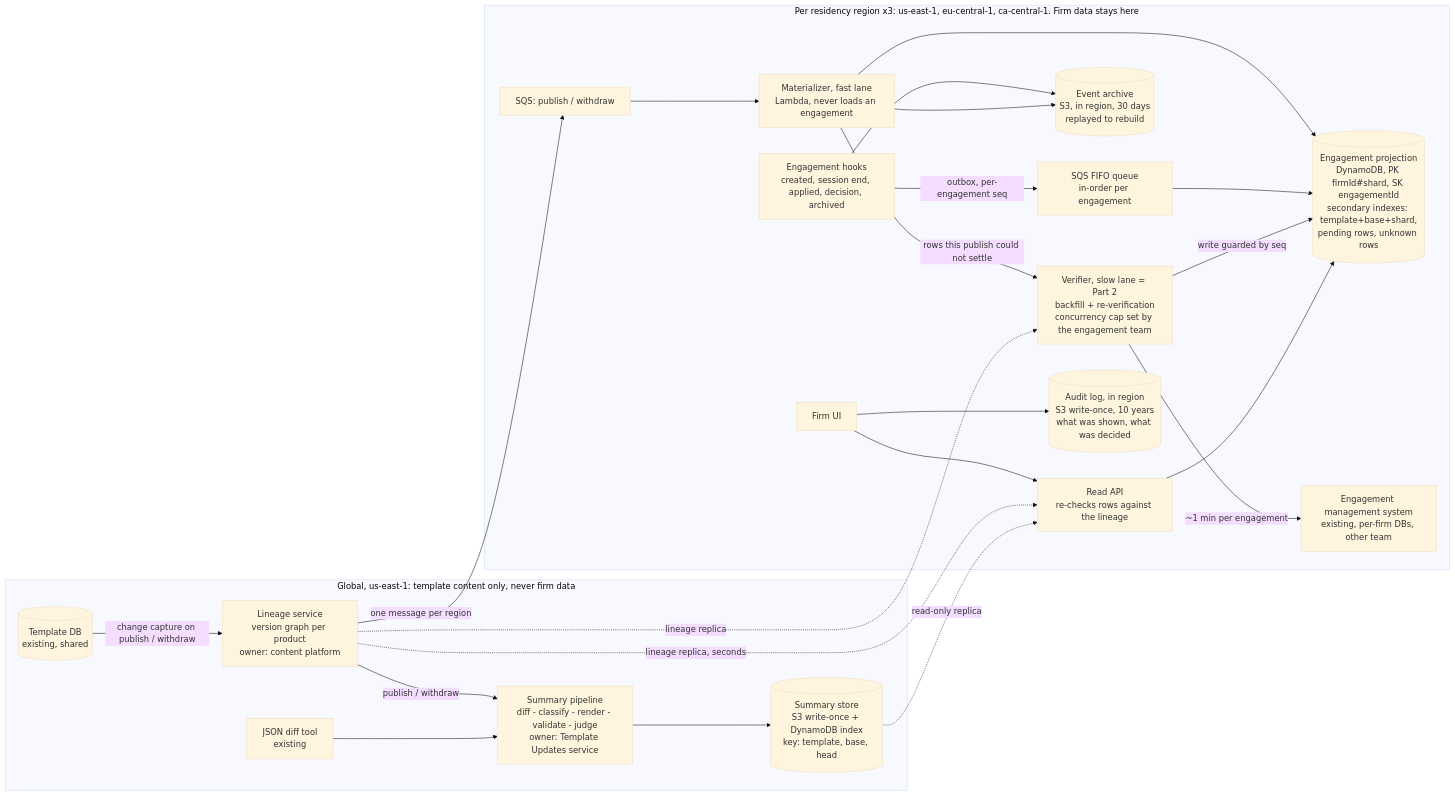
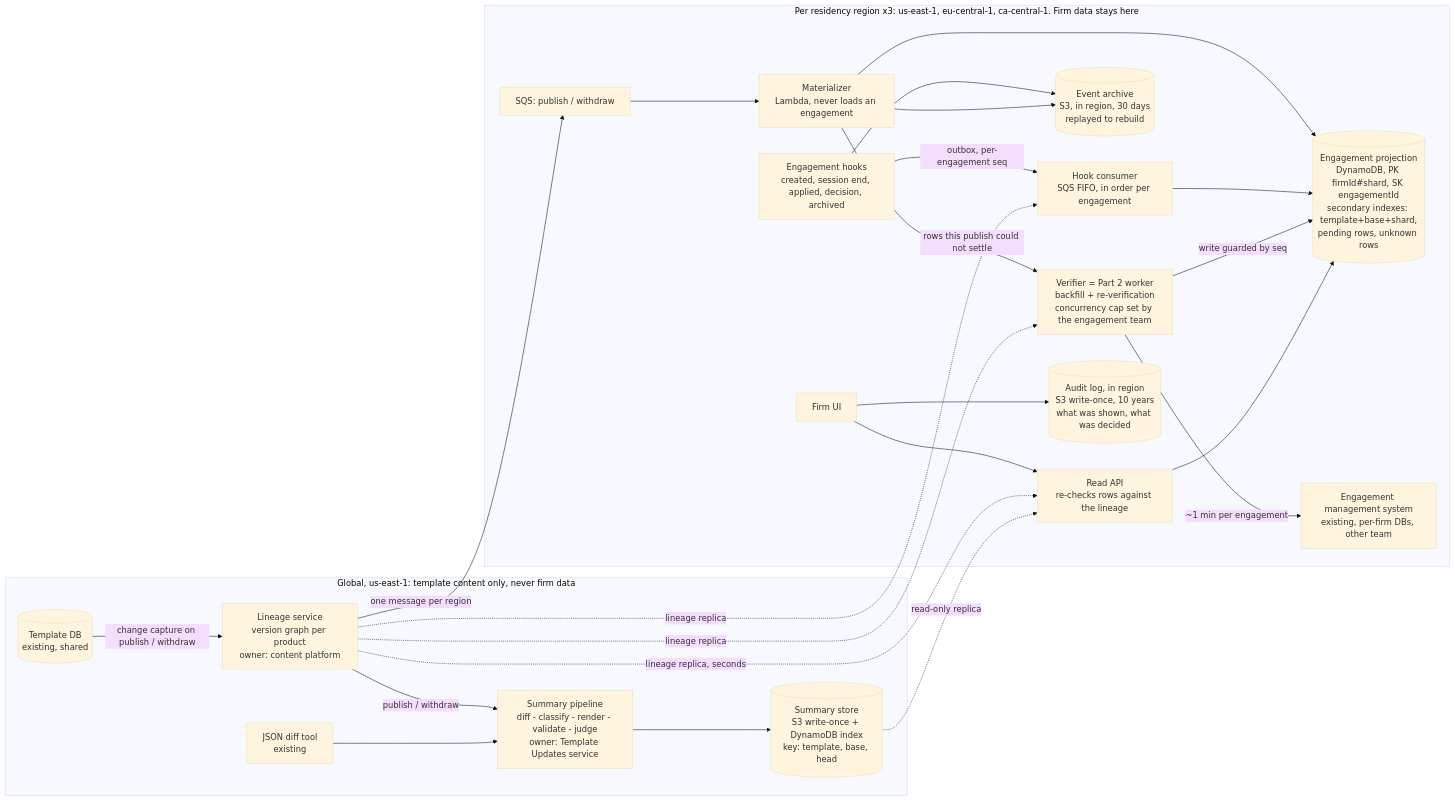
Before and after one commit to marcuss/caseware: the first of 2 diagrams in docs/design.md, drawn with Mermaid (base theme). The commit also changed other lines of this file, not shown here.

````diff
--- a/docs/design.md
+++ b/docs/design.md
@@ -15,27 +15,28 @@
 ```mermaid
 flowchart LR
   subgraph G["Global, us-east-1: template content only, never firm data"]
     TDB[("Template DB<br/>existing, shared")] -->|change capture on publish / withdraw| LIN["Lineage service<br/>version graph per product<br/>owner: content platform"]
     LIN -->|publish / withdraw| PIPE["Summary pipeline<br/>diff - classify - render - validate - judge<br/>owner: Template Updates service"]
     JD["JSON diff tool<br/>existing"] --> PIPE
     PIPE --> SUM[("Summary store<br/>S3 write-once + DynamoDB index<br/>key: template, base, head")]
   end
   subgraph R["Per residency region x3: us-east-1, eu-central-1, ca-central-1. Firm data stays here"]
-    Q["SQS: publish / withdraw"] --> MAT["Materializer, fast lane<br/>Lambda, never loads an engagement"]
+    Q["SQS: publish / withdraw"] --> MAT["Materializer<br/>Lambda, never loads an engagement"]
     MAT --> PROJ[("Engagement projection<br/>DynamoDB, PK firmId#shard, SK engagementId<br/>secondary indexes: template+base+shard,<br/>pending rows, unknown rows")]
-    HK["Engagement hooks<br/>created, session end, applied, decision, archived"] -->|outbox, per-engagement seq| QH["SQS FIFO queue<br/>in-order per engagement"]
+    HK["Engagement hooks<br/>created, session end, applied, decision, archived"] -->|outbox, per-engagement seq| QH["Hook consumer<br/>SQS FIFO, in order per engagement"]
     QH --> PROJ
     HK --> ARC[("Event archive<br/>S3, in region, 30 days<br/>replayed to rebuild")]
     MAT --> ARC
     MAT -->|rows this publish could not settle| VER
-    VER["Verifier, slow lane = Part 2<br/>backfill + re-verification<br/>concurrency cap set by the engagement team"] -->|~1 min per engagement| EMS["Engagement management system<br/>existing, per-firm DBs, other team"]
+    VER["Verifier = Part 2 worker<br/>backfill + re-verification<br/>concurrency cap set by the engagement team"] -->|~1 min per engagement| EMS["Engagement management system<br/>existing, per-firm DBs, other team"]
     VER -->|write guarded by seq| PROJ
     API["Read API<br/>re-checks rows against the lineage"] --> PROJ
     UI["Firm UI"] --> API
     UI --> AUD[("Audit log, in region<br/>S3 write-once, 10 years<br/>what was shown, what was decided")]
   end
   LIN -->|one message per region| Q
   LIN -.->|lineage replica, seconds| API
   LIN -.->|lineage replica| VER
+  LIN -.->|lineage replica| QH
   SUM -.->|read-only replica| API
 ```
````
